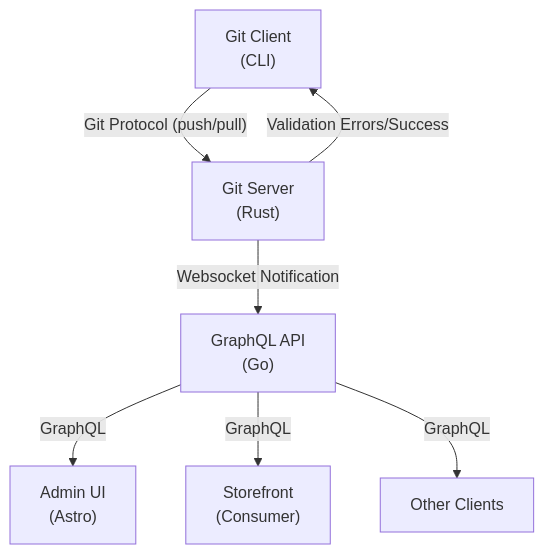
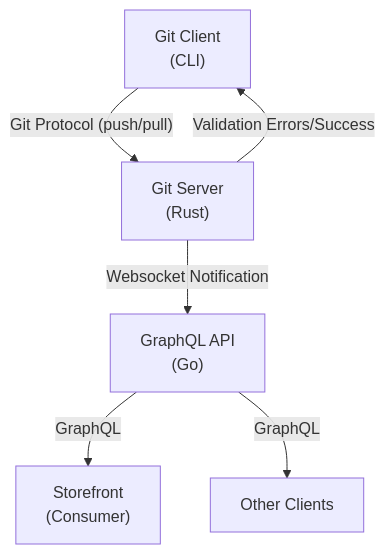
The diagram in README.md (gitstore-dev/GitStore), drawn with Mermaid before and after one commit. The commit also changed other lines of this file and 208 other files, not shown here.

````diff
--- a/README.md
+++ b/README.md
@@ -17,17 +17,15 @@
 ```mermaid
 graph TD
     GitClient["Git Client\n(CLI)"]
     GitServer["Git Server\n(Rust)"]
     GraphQLAPI["GraphQL API\n(Go)"]
-    AdminUI["Admin UI\n(Astro)"]
     Storefront["Storefront\n(Consumer)"]
     OtherClients["Other Clients"]
 
     GitClient -- "Git Protocol (push/pull)" --> GitServer
     GitServer -- "Validation Errors/Success" --> GitClient
     GitServer -- "Websocket Notification" --> GraphQLAPI
 
-    GraphQLAPI -- "GraphQL" --> AdminUI
     GraphQLAPI -- "GraphQL" --> Storefront
     GraphQLAPI -- "GraphQL" --> OtherClients
 ```
````
